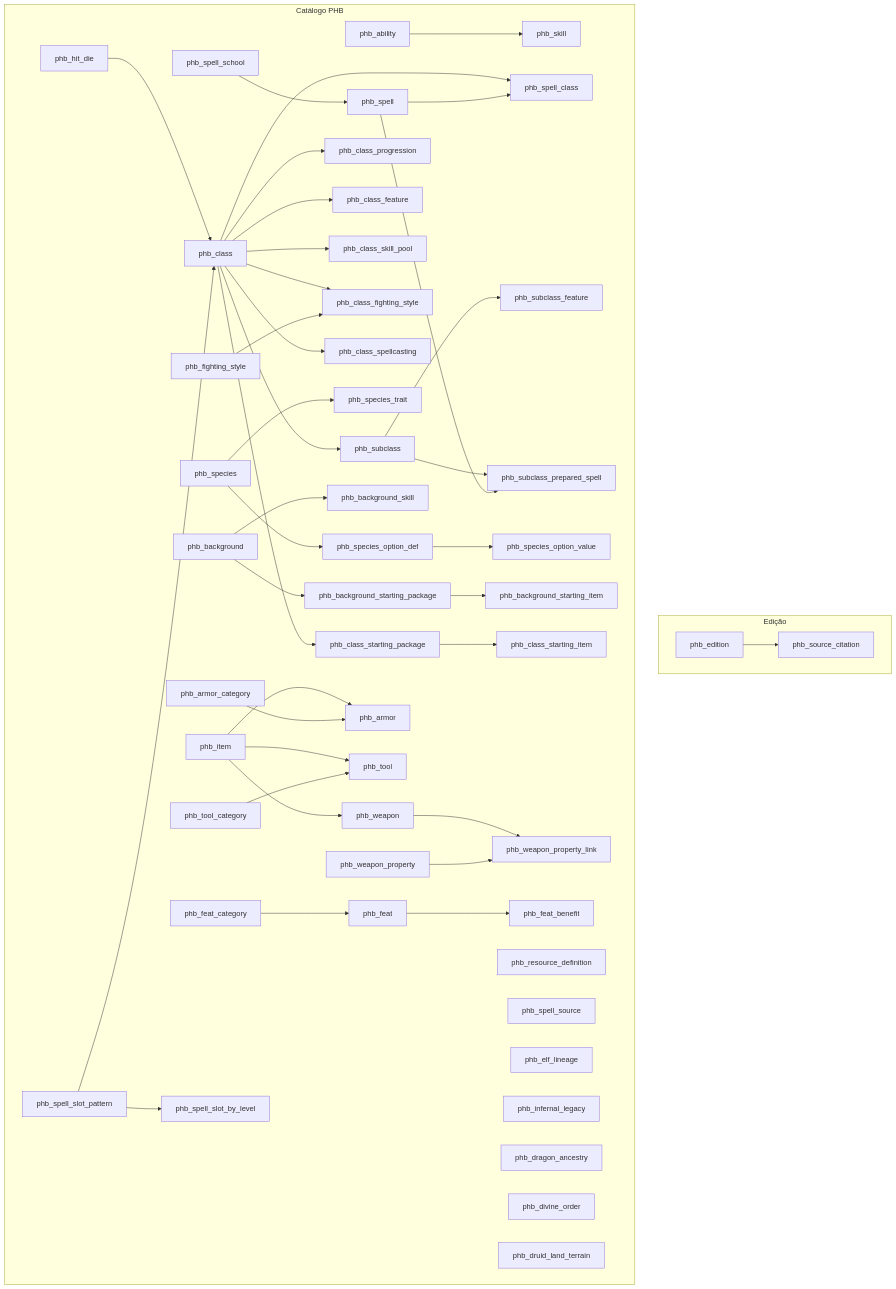
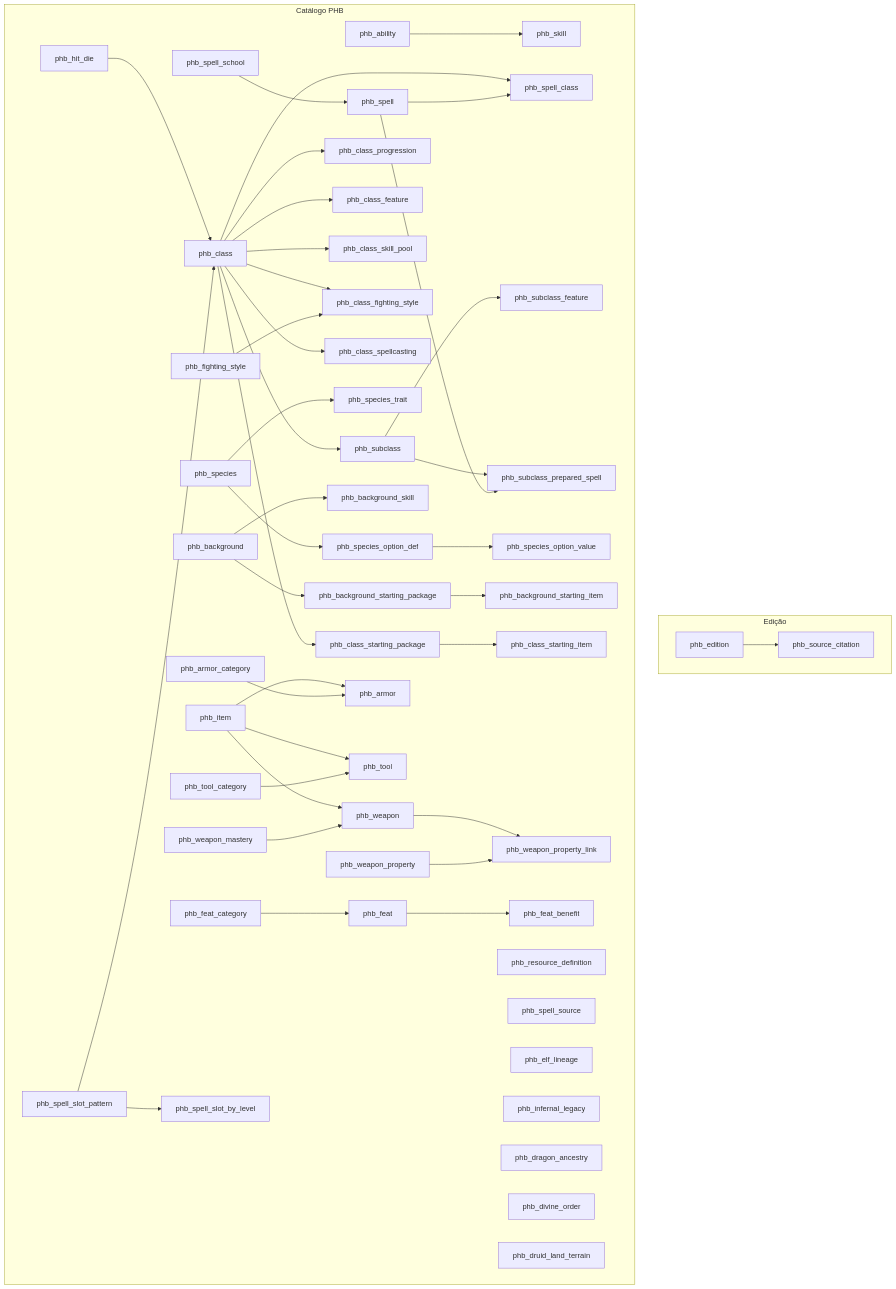
One commit to Lucas-PB1/dnd-back changed the diagram in .cursor/skills/rpg-database/docs/er-diagram.md. Above: the diagram before and after it, drawn with Mermaid. The commit also changed 11 other files, not shown here.

First line of the commit message:
Enhance RPG database schema with weapon mastery and refined spell source structure

````diff
--- a/.cursor/skills/rpg-database/docs/er-diagram.md
+++ b/.cursor/skills/rpg-database/docs/er-diagram.md
@@ -7,50 +7,51 @@
 ```mermaid
 flowchart TB
   subgraph edition [Edição]
     phb_edition --> phb_source_citation
   end
 
   subgraph catalog [Catálogo PHB]
     phb_ability --> phb_skill
     phb_spell_school --> phb_spell
     phb_hit_die --> phb_class
     phb_class --> phb_subclass
     phb_class --> phb_class_progression
     phb_class --> phb_class_feature
     phb_class --> phb_class_skill_pool
     phb_class --> phb_class_fighting_style
     phb_class --> phb_class_spellcasting
     phb_class --> phb_spell_class
     phb_spell --> phb_spell_class
     phb_subclass --> phb_subclass_feature
     phb_subclass --> phb_subclass_prepared_spell
     phb_spell --> phb_subclass_prepared_spell
     phb_species --> phb_species_trait
     phb_species --> phb_species_option_def
     phb_species_option_def --> phb_species_option_value
     phb_background --> phb_background_skill
     phb_background --> phb_background_starting_package
     phb_background_starting_package --> phb_background_starting_item
     phb_class --> phb_class_starting_package
     phb_class_starting_package --> phb_class_starting_item
     phb_item --> phb_weapon
     phb_item --> phb_armor
     phb_item --> phb_tool
     phb_armor_category --> phb_armor
     phb_tool_category --> phb_tool
+    phb_weapon_mastery --> phb_weapon
     phb_weapon --> phb_weapon_property_link
     phb_weapon_property --> phb_weapon_property_link
     phb_fighting_style --> phb_class_fighting_style
     phb_feat_category --> phb_feat
     phb_feat --> phb_feat_benefit
     phb_spell_slot_pattern --> phb_spell_slot_by_level
     phb_spell_slot_pattern --> phb_class
     phb_resource_definition
     phb_spell_source
     phb_elf_lineage
     phb_infernal_legacy
     phb_dragon_ancestry
     phb_divine_order
     phb_druid_land_terrain
   end
 ```
````
